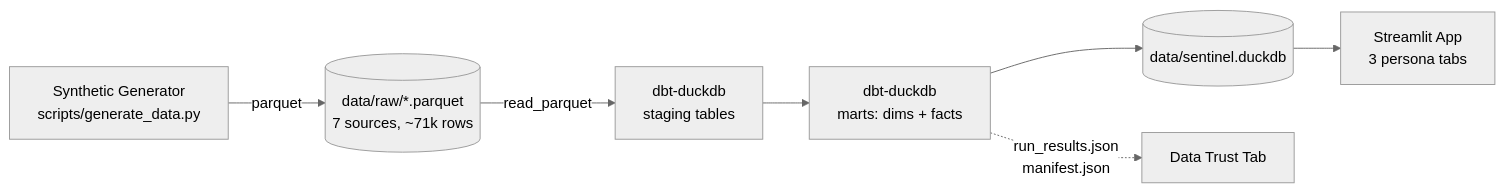
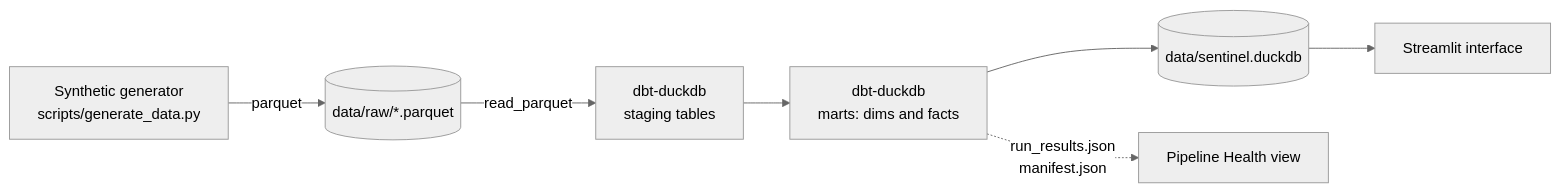
The diagram in README.md (ravi-rajpurohit-gh/sentinel-fleet-ops), drawn with Mermaid (neutral theme) before and after one commit. The commit also changed other lines of this file and 2 other files, not shown here.

Commit message:
UI changes - charts, map colors, header pill, tab underline

````diff
--- a/README.md
+++ b/README.md
@@ -37,9 +19,9 @@
 ```mermaid
 flowchart LR
-    A[Synthetic Generator<br/>scripts/generate_data.py] -->|parquet| B[(data/raw/*.parquet<br/>7 sources, ~71k rows)]
+    A[Synthetic generator<br/>scripts/generate_data.py] -->|parquet| B[(data/raw/*.parquet)]
     B -->|read_parquet| C[dbt-duckdb<br/>staging tables]
-    C --> D[dbt-duckdb<br/>marts: dims + facts]
+    C --> D[dbt-duckdb<br/>marts: dims and facts]
     D --> E[(data/sentinel.duckdb)]
-    E --> F[Streamlit App<br/>3 persona tabs]
-    D -.->|run_results.json<br/>manifest.json| G[Data Trust Tab]
+    D -.->|run_results.json<br/>manifest.json| F[Pipeline Health view]
+    E --> G[Streamlit interface]
 ```
````
